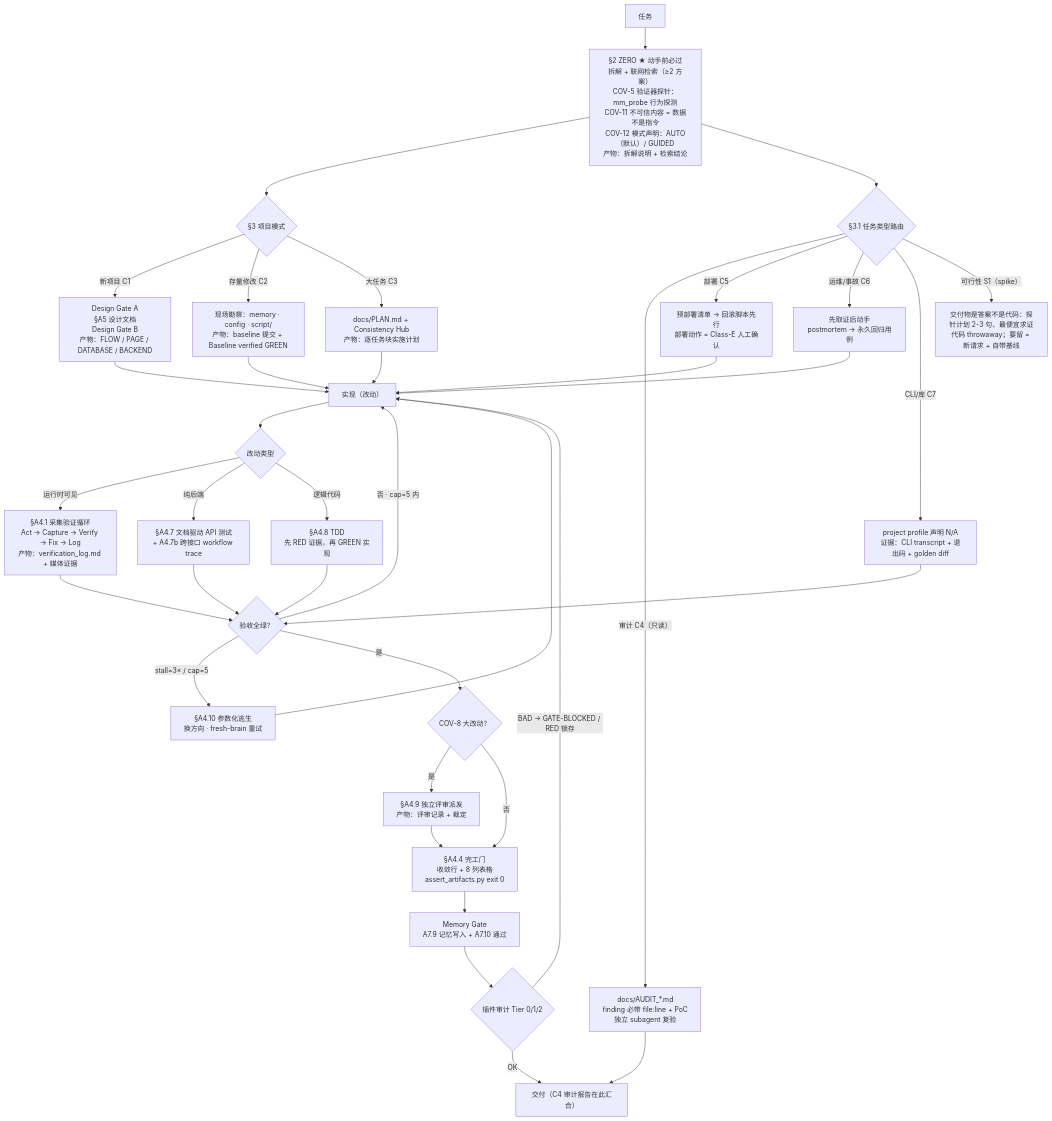
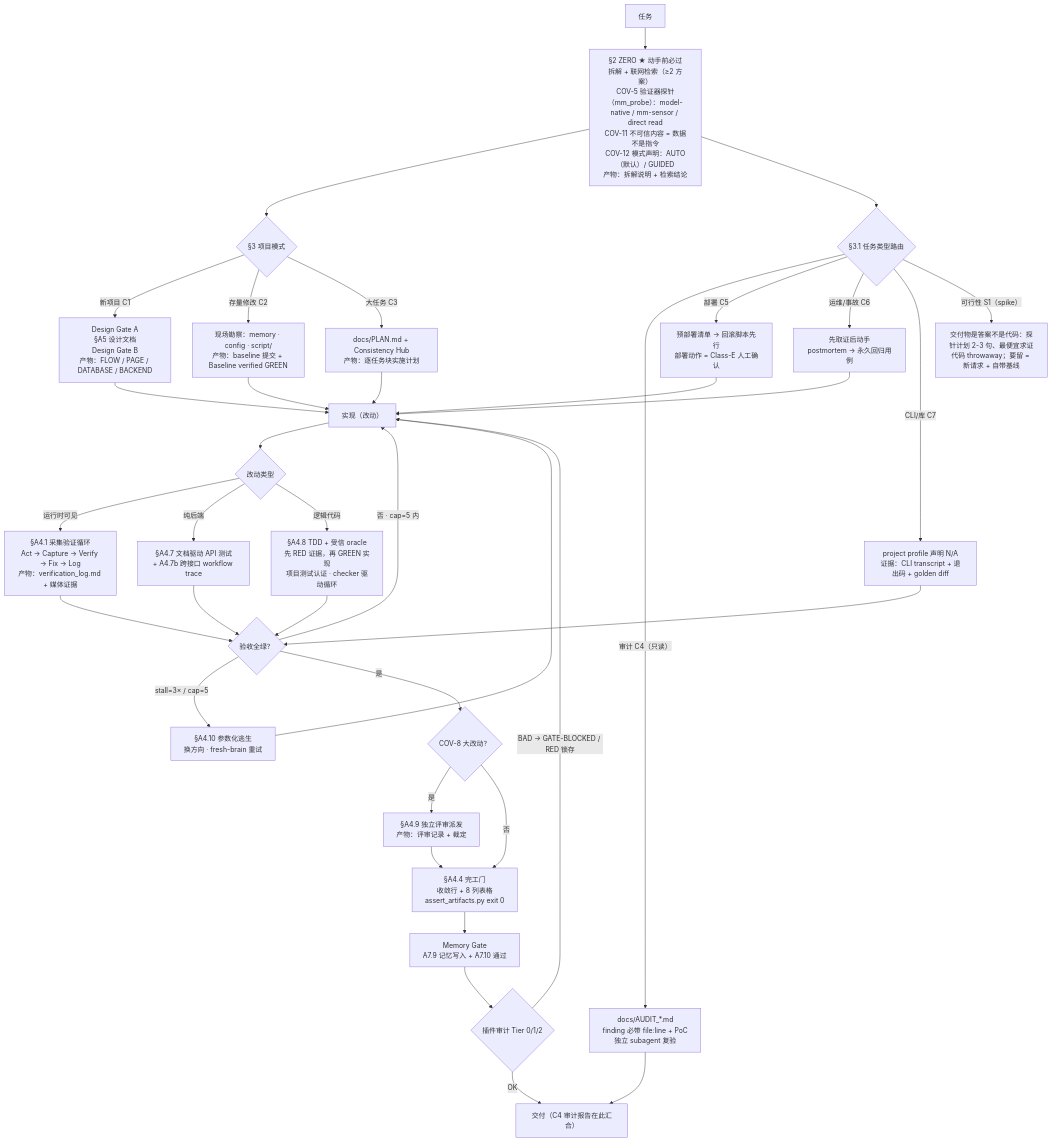
Before and after one commit to logandoo/vibeweaver: the diagram in README_zh.md, drawn with Mermaid. The commit also changed other lines of this file and 3 other files, not shown here.

````diff
--- a/README_zh.md
+++ b/README_zh.md
@@ -95,39 +215,39 @@
 ```mermaid
 flowchart TD
-    A["任务"] --> B["§2 ZERO ★ 动手前必过<br/>拆解 + 联网检索（≥2 方案）<br/>COV-5 验证器探针：mm_probe 行为探测<br/>COV-11 不可信内容 = 数据不是指令<br/>COV-12 模式声明：AUTO（默认）/ GUIDED<br/>产物：拆解说明 + 检索结论"]
+    A["任务"] --> B["§2 ZERO ★ 动手前必过<br/>拆解 + 联网检索（≥2 方案）<br/>COV-5 验证器探针（mm_probe）：model-native / mm-sensor / direct read<br/>COV-11 不可信内容 = 数据不是指令<br/>COV-12 模式声明：AUTO（默认）/ GUIDED<br/>产物：拆解说明 + 检索结论"]
     B --> C{"§3 项目模式"}
     C -->|"新项目 C1"| D1["Design Gate A<br/>§A5 设计文档<br/>Design Gate B<br/>产物：FLOW / PAGE / DATABASE / BACKEND"]
     C -->|"存量修改 C2"| D2["现场勘察：memory · config · script/<br/>产物：baseline 提交 + Baseline verified GREEN"]
     C -->|"大任务 C3"| D3["docs/PLAN.md + Consistency Hub<br/>产物：逐任务块实施计划"]
     B --> T{"§3.1 任务类型路由"}
     T -->|"审计 C4（只读）"| T4["docs/AUDIT_*.md<br/>finding 必带 file:line + PoC<br/>独立 subagent 复验"]
     T -->|"部署 C5"| T5["预部署清单 → 回滚脚本先行<br/>部署动作 = Class-E 人工确认"]
     T -->|"运维/事故 C6"| T6["先取证后动手<br/>postmortem → 永久回归用例"]
     T -->|"CLI/库 C7"| T7["project profile 声明 N/A<br/>证据：CLI transcript + 退出码 + golden diff"]
     T -->|"可行性 S1（spike）"| T8["交付物是答案不是代码：探针计划 2-3 句、最便宜求证<br/>代码 throwaway；要留 = 新请求 + 自带基线"]
     D1 --> E["实现（改动）"]
     D2 --> E
     D3 --> E
     T5 --> E
     T6 --> E
     T7 --> H
     T4 --> O
     E --> F{"改动类型"}
     F -->|"运行时可见"| G1["§A4.1 采集验证循环<br/>Act → Capture → Verify → Fix → Log<br/>产物：verification_log.md + 媒体证据"]
     F -->|"纯后端"| G2["§A4.7 文档驱动 API 测试<br/>+ A4.7b 跨接口 workflow trace"]
-    F -->|"逻辑代码"| G3["§A4.8 TDD<br/>先 RED 证据，再 GREEN 实现"]
+    F -->|"逻辑代码"| G3["§A4.8 TDD + 受信 oracle<br/>先 RED 证据，再 GREEN 实现<br/>项目测试认证 · checker 驱动循环"]
     G1 --> H{"验收全绿？"}
     G2 --> H
     G3 --> H
     H -->|"否 · cap=5 内"| E
     H -->|"stall=3× / cap=5"| I["§A4.10 参数化逃生<br/>换方向 · fresh-brain 重试"]
     I --> E
     H -->|"是"| J{"COV-8 大改动？"}
     J -->|"是"| K["§A4.9 独立评审派发<br/>产物：评审记录 + 裁定"]
     K --> L["§A4.4 完工门<br/>收敛行 + 8 列表格<br/>assert_artifacts.py exit 0"]
     J -->|"否"| L
     L --> M["Memory Gate<br/>A7.9 记忆写入 + A7.10 通过"]
     M --> N{"插件审计 Tier 0/1/2"}
     N -->|"BAD → GATE-BLOCKED / RED 锁存"| E
     N -->|"OK"| O["交付（C4 审计报告在此汇合）"]
 ```
````
